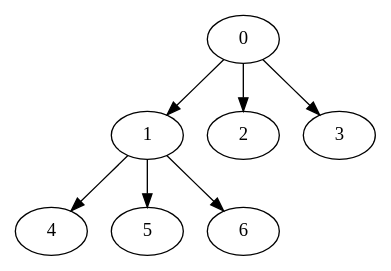
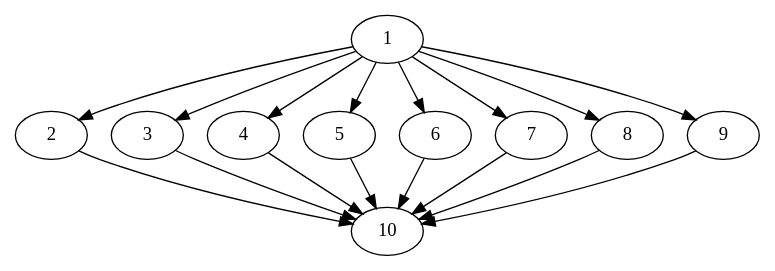
The diagram in src/main/resources/e1.dot (harmanlamba/GanttBustersTaskScheduler), drawn with Graphviz before and after one commit. The commit also changed 1 other file, not shown here.

```diff
--- a/src/main/resources/e1.dot
+++ b/src/main/resources/e1.dot
@@ -1,15 +1,28 @@
-digraph "OutTree-Balanced-MaxBf-3_Nodes_7_CCR_2.0_WeightType_Random" {
-	1	 [Weight=6];
-	0	 [Weight=5];
-	0 -> 1	 [Weight=15];
-	2	 [Weight=5];
-	0 -> 2	 [Weight=11];
-	3	 [Weight=6];
-	0 -> 3	 [Weight=11];
-	4	 [Weight=4];
-	1 -> 4	 [Weight=19];
-	5	 [Weight=7];
-	1 -> 5	 [Weight=4];
-	6	 [Weight=7];
-	1 -> 6	 [Weight=21];
+digraph "Fork_Join_Nodes_10_CCR_0.10_WeightType_Random" {
+	1	 [Weight=57];
+	2	 [Weight=114];
+	1 -> 2	 [Weight=10];
+	3	 [Weight=143];
+	1 -> 3	 [Weight=5];
+	4	 [Weight=143];
+	1 -> 4	 [Weight=4];
+	5	 [Weight=114];
+	1 -> 5	 [Weight=7];
+	6	 [Weight=128];
+	1 -> 6	 [Weight=9];
+	7	 [Weight=43];
+	1 -> 7	 [Weight=7];
+	8	 [Weight=43];
+	1 -> 8	 [Weight=2];
+	9	 [Weight=29];
+	1 -> 9	 [Weight=5];
+	10	 [Weight=57];
+	2 -> 10	 [Weight=6];
+	3 -> 10	 [Weight=5];
+	4 -> 10	 [Weight=5];
+	5 -> 10	 [Weight=3];
+	6 -> 10	 [Weight=2];
+	7 -> 10	 [Weight=4];
+	8 -> 10	 [Weight=6];
+	9 -> 10	 [Weight=7];
 }
```
